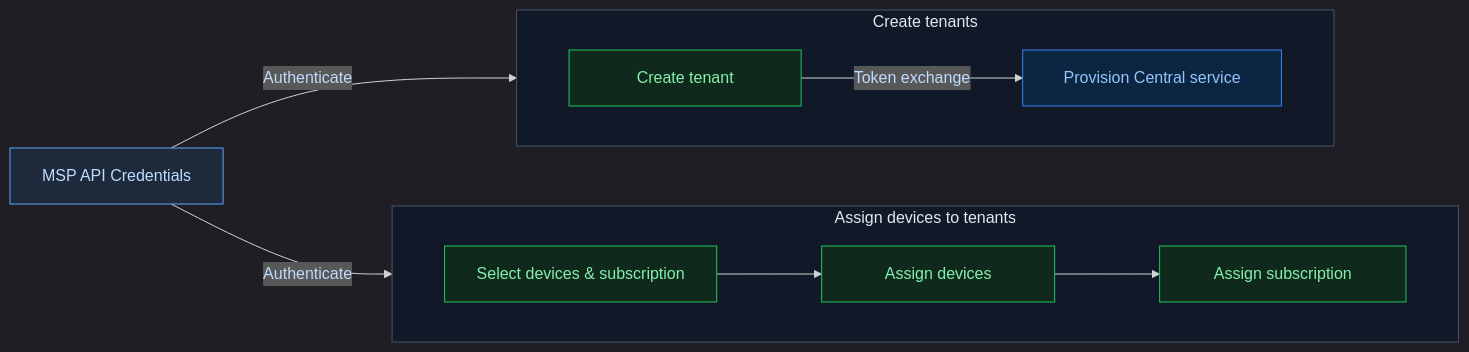
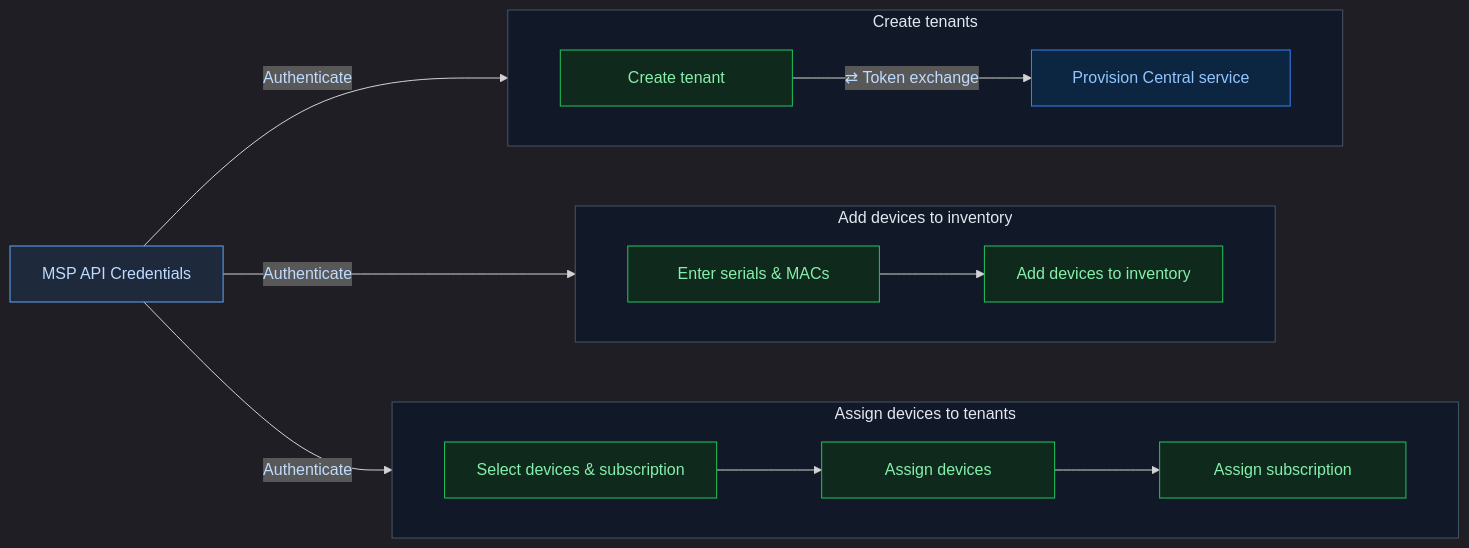
Before and after one commit to aruba/central-python-workflows: the diagram in msp-onboarding/docs/onboarding-flow.mmd, drawn with Mermaid. The commit also changed other lines of this file and 31 other files, not shown here.

```diff
--- a/msp-onboarding/docs/onboarding-flow.mmd
+++ b/msp-onboarding/docs/onboarding-flow.mmd
@@ -1,30 +1,39 @@
 %%{init: {"theme": "dark", "themeVariables": {"background": "#0f172a", "fontFamily": "trebuchet ms, verdana, arial, sans-serif"}, "flowchart": {"wrappingWidth": 400, "nodeSpacing": 60, "rankSpacing": 80, "padding": 16}}}%%
 flowchart LR
     creds["MSP API Credentials"]
 
     subgraph ad["Assign devices to tenants"]
         direction LR
         b1["Select devices & subscription"]
         b2["&nbsp;&nbsp;&nbsp;&nbsp;&nbsp;&nbsp;&nbsp;Assign devices&nbsp;&nbsp;&nbsp;&nbsp;&nbsp;&nbsp;&nbsp;"]
         b3["&nbsp;&nbsp;&nbsp;&nbsp;&nbsp;Assign subscription&nbsp;&nbsp;&nbsp;&nbsp;&nbsp;"]
     end
 
+    subgraph ai["Add devices to inventory"]
+        direction LR
+        c1["&nbsp;&nbsp;&nbsp;&nbsp;Enter serials & MACs&nbsp;&nbsp;&nbsp;&nbsp;"]
+        c2["Add devices to inventory"]
+    end
+
     subgraph ct["Create tenants"]
         direction LR
         a1["&nbsp;&nbsp;&nbsp;&nbsp;&nbsp;&nbsp;&nbsp;&nbsp;Create tenant&nbsp;&nbsp;&nbsp;&nbsp;&nbsp;&nbsp;&nbsp;&nbsp;"]
         a2["&nbsp;&nbsp;Provision Central service&nbsp;&nbsp;"]
     end
 
     creds -->|Authenticate| b1
+    creds -->|Authenticate| c1
     creds -->|Authenticate| a1
-    a1 -->|" Token exchange "| a2
+    c1 --> c2
+    a1 -->|"⇄ Token exchange"| a2
     b1 --> b2 --> b3
 
     classDef msp fill:#0f2a1c,stroke:#22c55e,color:#86efac
     classDef tenant fill:#0c2540,stroke:#3b82f6,color:#93c5fd
     classDef root fill:#1e293b,stroke:#60a5fa,color:#bfdbfe
-    class a1,b1,b2,b3 msp
+    class a1,b1,b2,b3,c1,c2 msp
     class a2 tenant
     class creds root
     style ct fill:#111827,stroke:#475569,color:#e2e8f0
     style ad fill:#111827,stroke:#475569,color:#e2e8f0
+    style ai fill:#111827,stroke:#475569,color:#e2e8f0
```
